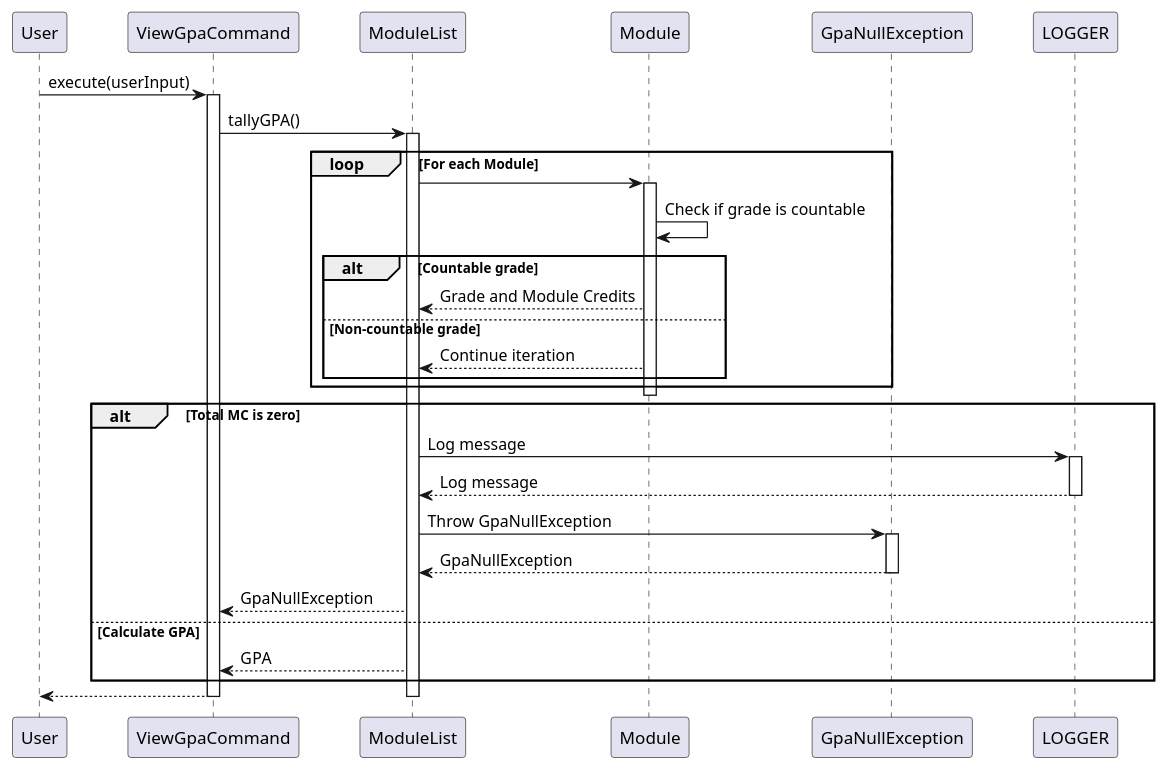
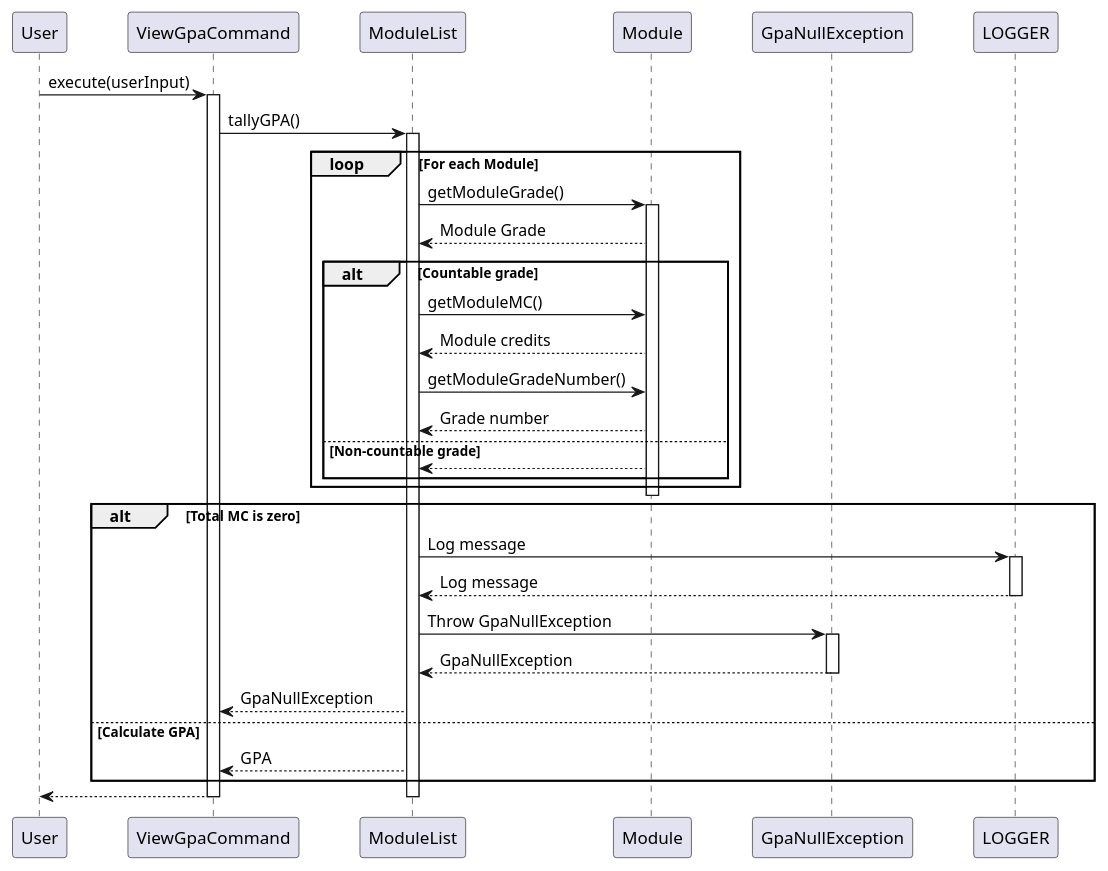
The diagram in docs/diagrams/ViewGpaCommand.puml (fungg0/tp), drawn with PlantUML before and after one commit. The commit also changed 4 other files, not shown here.

Commit message:
Update DG with desired GPA implementation. Amended ViewGpaCommand sequence diagram

```diff
--- a/docs/diagrams/ViewGpaCommand.puml
+++ b/docs/diagrams/ViewGpaCommand.puml
@@ -1,46 +1,49 @@
 @startuml
 skinparam participantPadding 20
 
 participant User
 participant ViewGpaCommand
 participant ModuleList
 participant Module
 participant GpaNullException
 participant LOGGER
 
 User -> ViewGpaCommand: execute(userInput)
 activate ViewGpaCommand
 
 ViewGpaCommand -> ModuleList: tallyGPA()
 activate ModuleList
 
 Loop For each Module
-    ModuleList -> Module:
+    ModuleList -> Module: getModuleGrade()
     activate Module
-    Module -> Module: Check if grade is countable
+    Module --> ModuleList: Module Grade
     alt Countable grade
-        Module --> ModuleList: Grade and Module Credits
+        ModuleList -> Module: getModuleMC()
+        Module --> ModuleList: Module credits
+        ModuleList -> Module: getModuleGradeNumber()
+        Module --> ModuleList: Grade number
     else Non-countable grade
-        Module --> ModuleList: Continue iteration
+        Module --> ModuleList
     end
 end
     deactivate Module
     alt Total MC is zero
         ModuleList -> LOGGER: Log message
         activate LOGGER
         LOGGER --> ModuleList: Log message
         deactivate LOGGER
         ModuleList -> GpaNullException: Throw GpaNullException
         activate GpaNullException
         GpaNullException --> ModuleList: GpaNullException
         deactivate GpaNullException
         ModuleList --> ViewGpaCommand: GpaNullException
     else Calculate GPA
         ModuleList --> ViewGpaCommand: GPA
     end
 
 ViewGpaCommand --> User
 
 deactivate ViewGpaCommand
 deactivate ModuleList
 @enduml
```
